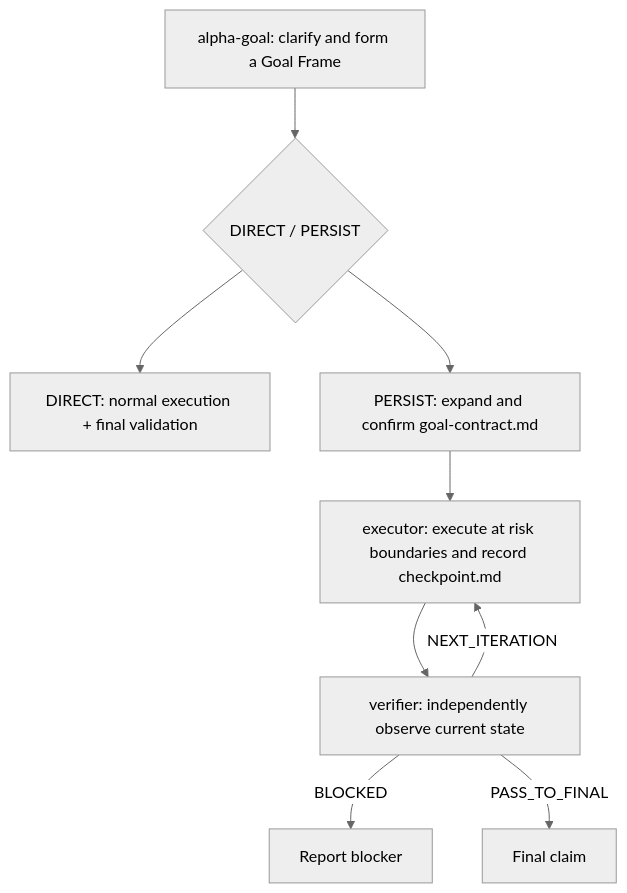
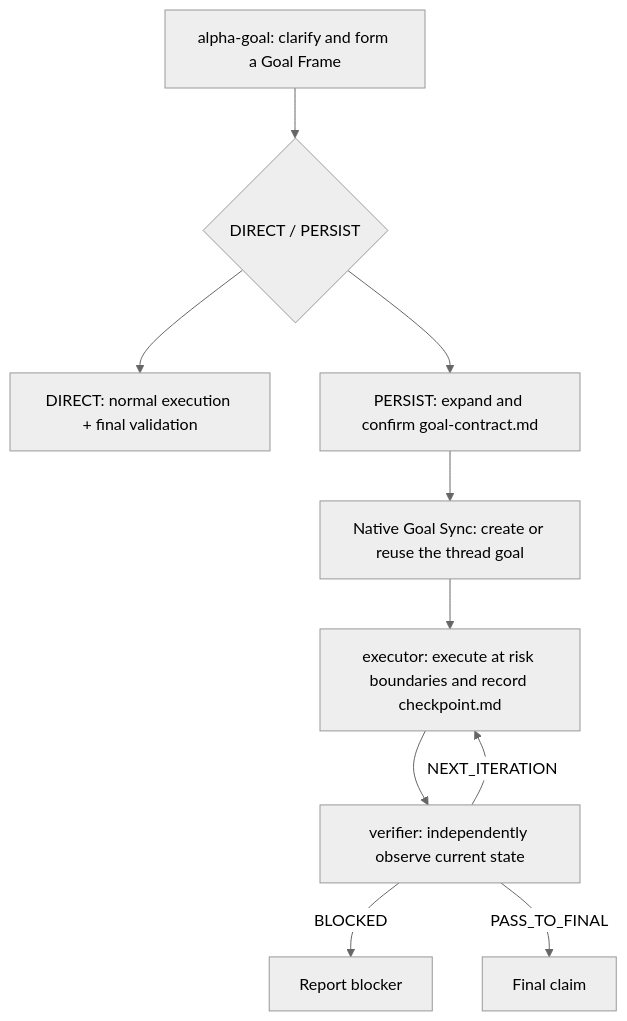
One commit to azhonglee/alpha-goal changed the diagram in README.en.md. Above: the diagram before and after it, drawn with Mermaid (neutral theme). The commit also changed other lines of this file and 12 other files, not shown here.

First line of the commit message:
Restore native goal synchronization (#75)

````diff
--- a/README.en.md
+++ b/README.en.md
@@ -42,11 +42,12 @@
 ```mermaid
 flowchart TD
   A["alpha-goal: clarify and form a Goal Frame"] --> R{"DIRECT / PERSIST"}
   R --> D["DIRECT: normal execution + final validation"]
   R --> P["PERSIST: expand and confirm goal-contract.md"]
-  P --> E["executor: execute at risk boundaries and record checkpoint.md"]
+  P --> S["Native Goal Sync: create or reuse the thread goal"]
+  S --> E["executor: execute at risk boundaries and record checkpoint.md"]
   E --> V["verifier: independently observe current state"]
   V -->|"NEXT_ITERATION"| E
   V -->|"BLOCKED"| B["Report blocker"]
   V -->|"PASS_TO_FINAL"| F["Final claim"]
 ```
````
